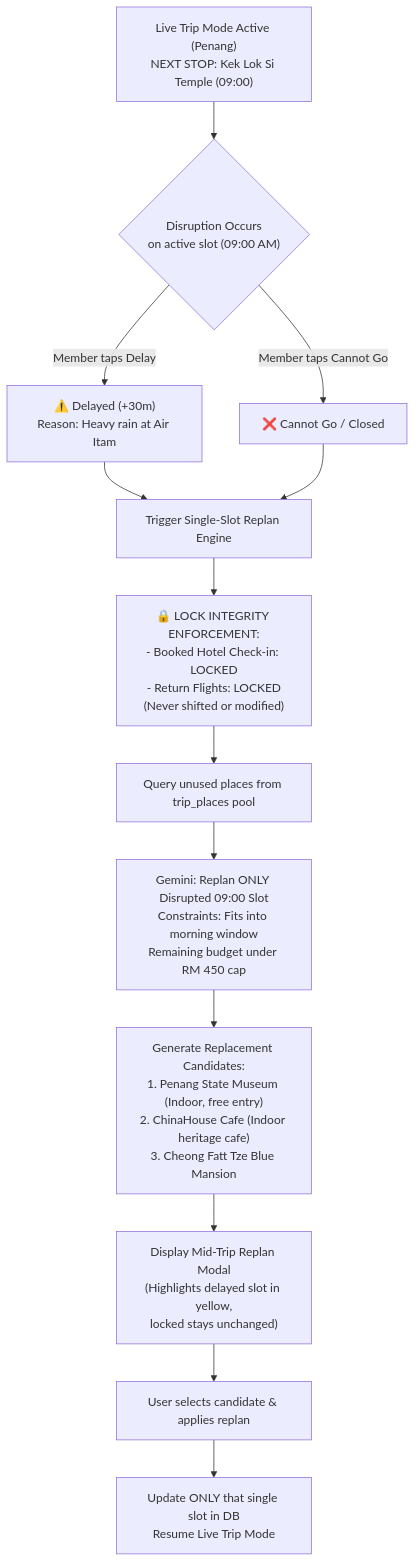
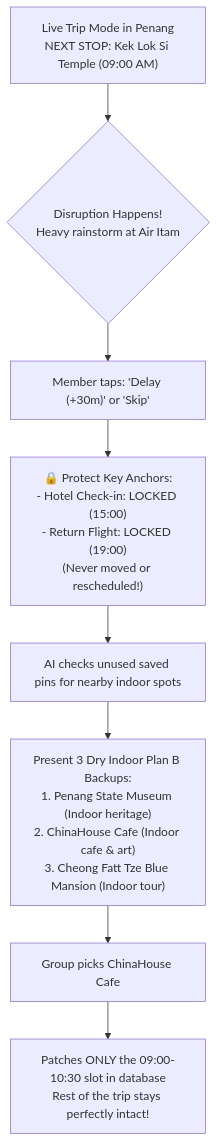
One commit to nlzce/We-are-the-champions_Plan-B changed the eighth of 14 diagrams in README.md. Above: the diagram before and after it, drawn with Mermaid. The commit also changed other lines of this file, not shown here.

Commit message:
docs: simplify diagrams and narrative into plain, human-readable user flows while preserving tech stack

````diff
--- a/README.md
+++ b/README.md
@@ -387,21 +266,13 @@
 ```mermaid
 flowchart TD
-  TripMode["Live Trip Mode Active (Penang)<br/>NEXT STOP: Kek Lok Si Temple (09:00)"] --> Disruption{"Disruption Occurs<br/>on active slot (09:00 AM)"}
+  LiveTrip["Live Trip Mode in Penang<br/>NEXT STOP: Kek Lok Si Temple (09:00 AM)"] --> Storm{"Disruption Happens!<br/>Heavy rainstorm at Air Itam"}
 
-  Disruption -->|Member taps Delay| DelayBtn["⚠️ Delayed (+30m)<br/>Reason: Heavy rain at Air Itam"]
-  Disruption -->|Member taps Cannot Go| SkipBtn["❌ Cannot Go / Closed"]
+  Storm --> DelayTap["Member taps: 'Delay (+30m)' or 'Skip'"]
+  DelayTap --> LockRule["🔒 Protect Key Anchors:<br/>- Hotel Check-in: LOCKED (15:00)<br/>- Return Flight: LOCKED (19:00)<br/>(Never moved or rescheduled!)"]
 
-  DelayBtn --> ReplanTrigger["Trigger Single-Slot Replan Engine"]
-  SkipBtn --> ReplanTrigger
+  LockRule --> SearchIndoor["AI checks unused saved pins for nearby indoor spots"]
+  SearchIndoor --> GiveOptions["Present 3 Dry Indoor Plan B Backups:<br/>1. Penang State Museum (Indoor heritage)<br/>2. ChinaHouse Cafe (Indoor cafe & art)<br/>3. Cheong Fatt Tze Blue Mansion (Indoor tour)"]
 
-  ReplanTrigger --> LockStays["🔒 LOCK INTEGRITY ENFORCEMENT:<br/>- Booked Hotel Check-in: LOCKED<br/>- Return Flights: LOCKED<br/>(Never shifted or modified)"]
-
-  LockStays --> QueryPool["Query unused places from trip_places pool"]
-  QueryPool --> GeminiReplan["Gemini: Replan ONLY Disrupted 09:00 Slot<br/>Constraints: Fits into morning window<br/>Remaining budget under RM 450 cap"]
-
-  GeminiReplan --> ReturnOptions["Generate Replacement Candidates:<br/>1. Penang State Museum (Indoor, free entry)<br/>2. ChinaHouse Cafe (Indoor heritage cafe)<br/>3. Cheong Fatt Tze Blue Mansion"]
-
-  ReturnOptions --> ReplanModal["Display Mid-Trip Replan Modal<br/>(Highlights delayed slot in yellow,<br/>locked stays unchanged)"]
-  ReplanModal --> UserConfirm["User selects candidate & applies replan"]
-  UserConfirm --> PatchSlot["Update ONLY that single slot in DB<br/>Resume Live Trip Mode"]
+  GiveOptions --> PickFix["Group picks ChinaHouse Cafe"]
+  PickFix --> PatchSlot["Patches ONLY the 09:00-10:30 slot in database<br/>Rest of the trip stays perfectly intact!"]
 ```
````
